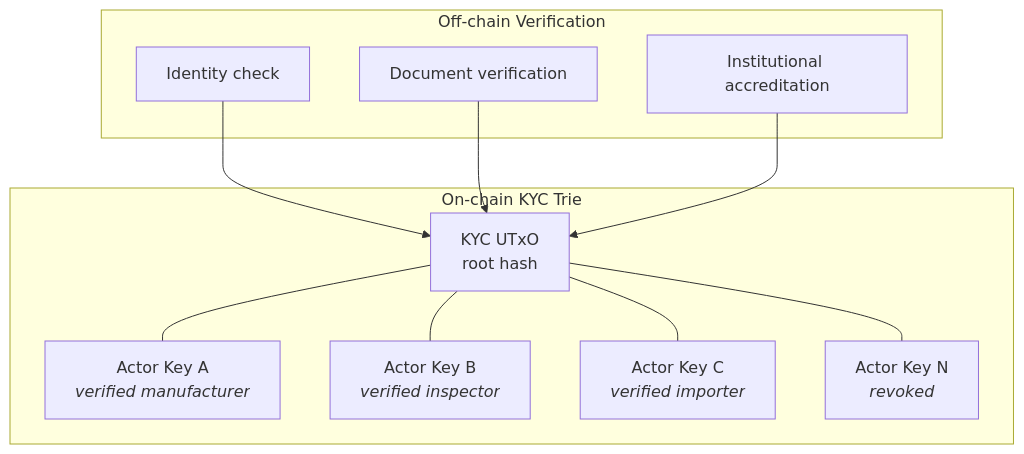
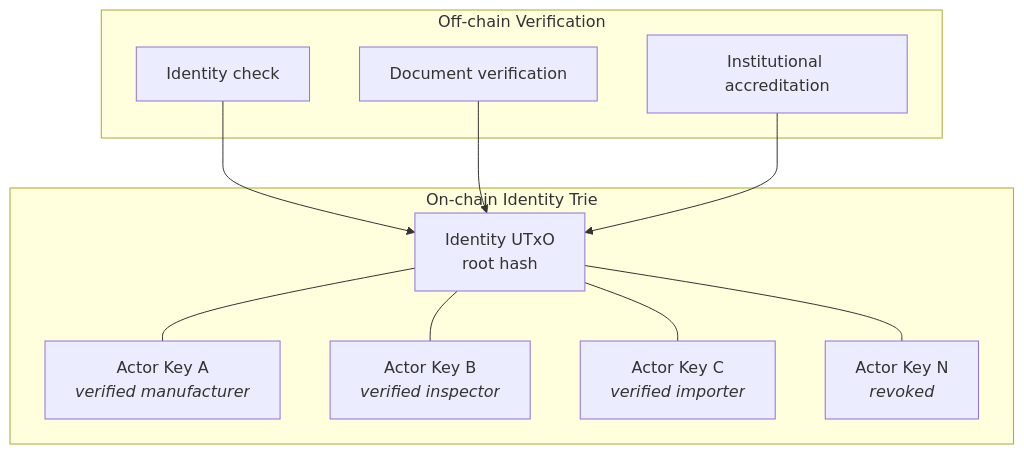
One commit to lambdasistemi/cardano-for-regulators changed the seventh of 20 diagrams in docs/framework/schema.md. Above: the diagram before and after it, drawn with Mermaid. The commit also changed other lines of this file and 8 other files, not shown here.

First line of the commit message:
Fix mermaid HTML labels and deploy on every push (#5)

````diff
--- a/docs/framework/schema.md
+++ b/docs/framework/schema.md
@@ -160,20 +306,20 @@
 ```mermaid
 graph TD
     subgraph Off-chain Verification
         V1[Identity check]
         V2[Document verification]
         V3[Institutional accreditation]
     end
 
-    subgraph On-chain KYC Trie
-        ROOT[KYC UTxO<br/>root hash]
+    subgraph On-chain Identity Trie
+        ROOT[Identity UTxO<br/>root hash]
         ROOT --- A1[Actor Key A<br/><i>verified manufacturer</i>]
         ROOT --- A2[Actor Key B<br/><i>verified inspector</i>]
         ROOT --- A3[Actor Key C<br/><i>verified importer</i>]
         ROOT --- A4[Actor Key N<br/><i>revoked</i>]
     end
 
     V1 --> ROOT
     V2 --> ROOT
     V3 --> ROOT
 ```
````
